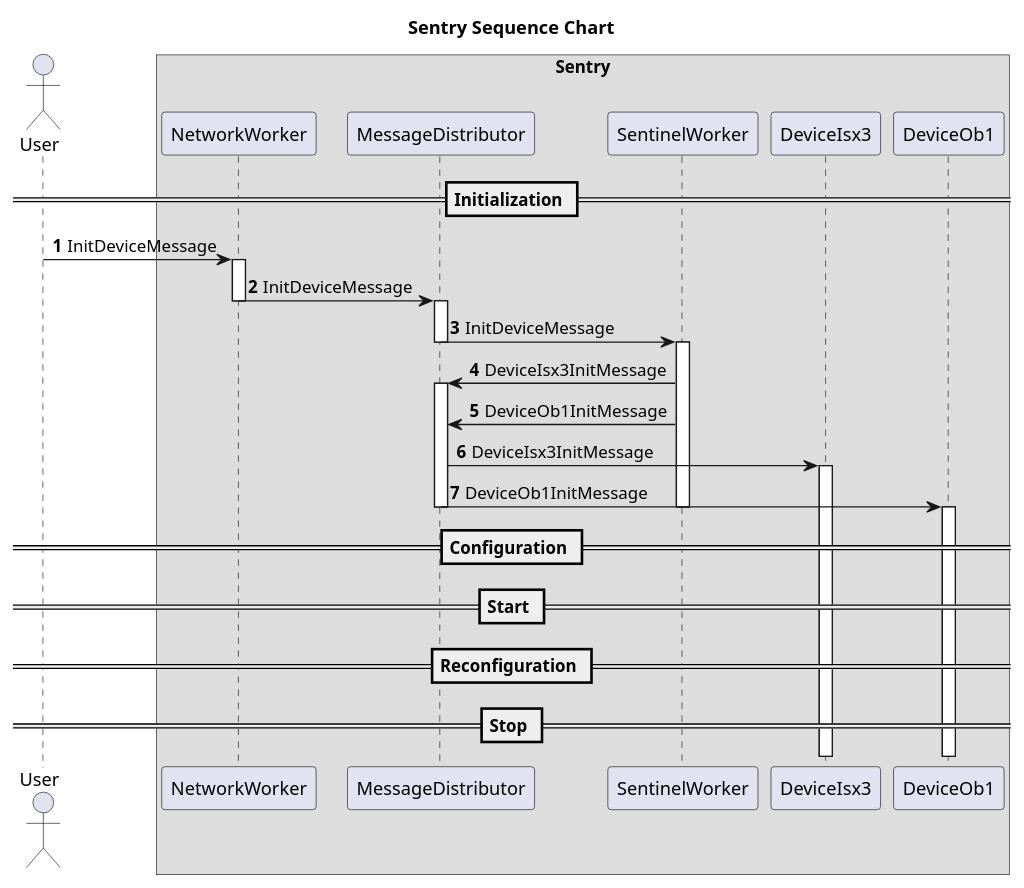
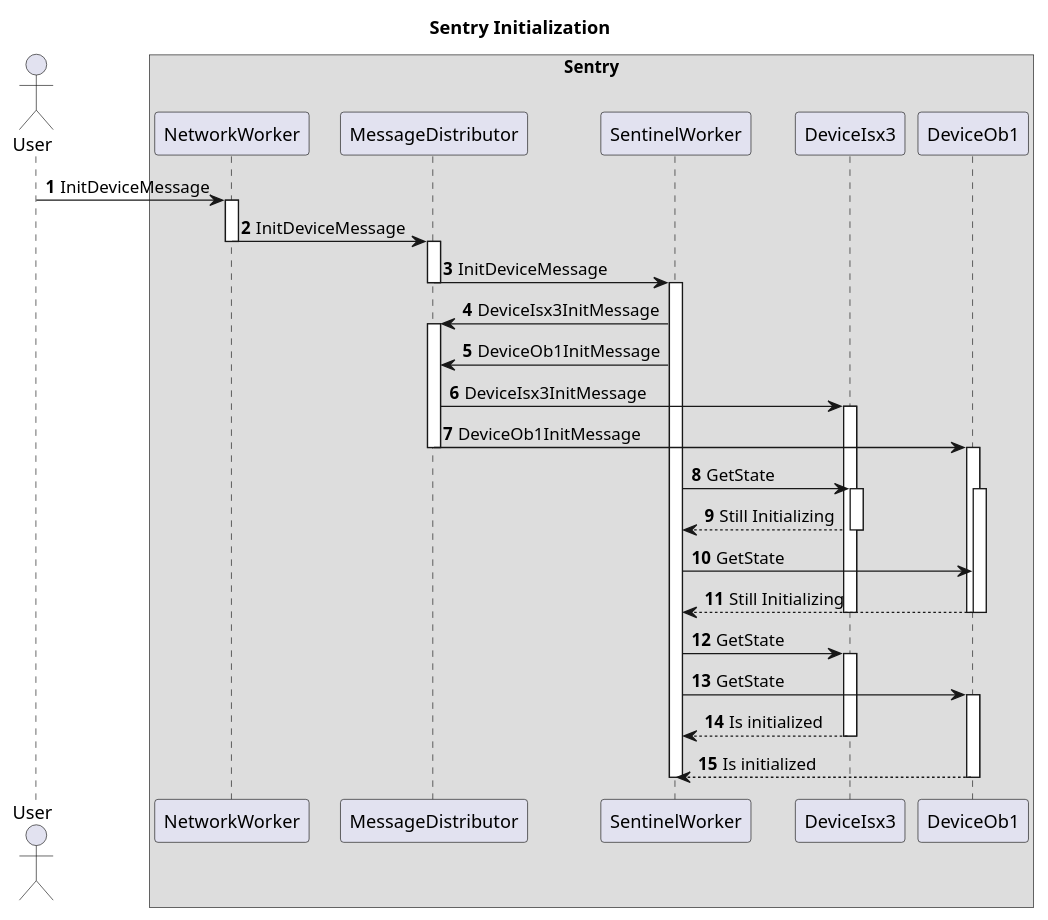
The diagram in doc/uml/seq_device_init.puml (McBrez/SCIMon_code), drawn with PlantUML before and after one commit. The commit also changed 1 other file, not shown here.

Commit message:
Worked on seq_device_init.puml.

```diff
--- a/doc/uml/seq_device_init.puml
+++ b/doc/uml/seq_device_init.puml
@@ -1,47 +1,59 @@
 @startuml
 
-Title "Sentry Sequence Chart"
+Title "Sentry Initialization"
 
 actor User
 
 box "Sentry" 
 participant NetworkWorker 
 participant MessageDistributor
 participant SentinelWorker
 participant DeviceIsx3
 participant DeviceOb1
 end box
 
 autonumber 
 
-== Initialization == 
 User -> NetworkWorker : InitDeviceMessage
 activate NetworkWorker
 NetworkWorker -> MessageDistributor : InitDeviceMessage
 deactivate NetworkWorker
 activate MessageDistributor
 MessageDistributor -> SentinelWorker : InitDeviceMessage
 deactivate MessageDistributor
 activate SentinelWorker
 SentinelWorker -> MessageDistributor : DeviceIsx3InitMessage
 activate MessageDistributor
 SentinelWorker -> MessageDistributor : DeviceOb1InitMessage
 MessageDistributor -> DeviceIsx3 : DeviceIsx3InitMessage
 activate DeviceIsx3
 MessageDistributor -> DeviceOb1 : DeviceOb1InitMessage
 deactivate MessageDistributor
 activate DeviceOb1
+SentinelWorker -> DeviceIsx3 : GetState
+activate DeviceIsx3
+activate DeviceOb1
+DeviceIsx3 --> SentinelWorker : Still Initializing
+deactivate DeviceIsx3
+SentinelWorker -> DeviceOb1 : GetState
+DeviceOb1 --> SentinelWorker : Still Initializing 
+deactivate DeviceOb1
+deactivate DeviceOb1
+deactivate DeviceIsx3
+
+SentinelWorker -> DeviceIsx3 : GetState
+activate DeviceIsx3
+SentinelWorker -> DeviceOb1 : GetState
+activate DeviceOb1
+DeviceIsx3 --> SentinelWorker : Is initialized
+deactivate DeviceIsx3
+DeviceOb1 --> SentinelWorker : Is initialized 
+deactivate DeviceOb1
+
+
+
 
 
 deactivate SentinelWorker
 
-
-== Configuration == 
-
-== Start == 
-
-== Reconfiguration == 
-
-== Stop == 
-
 @enduml
```
